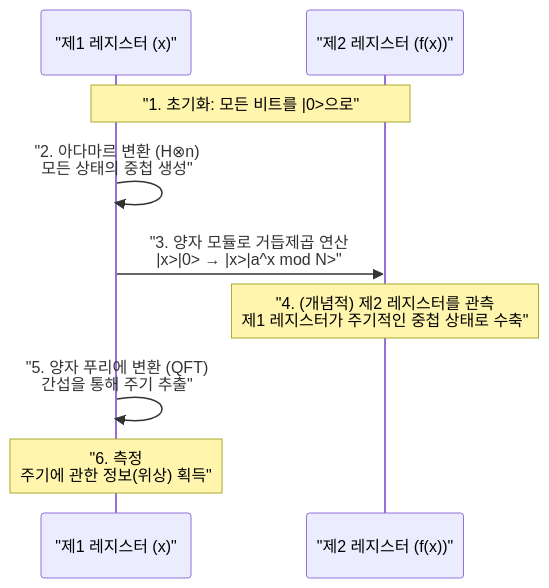
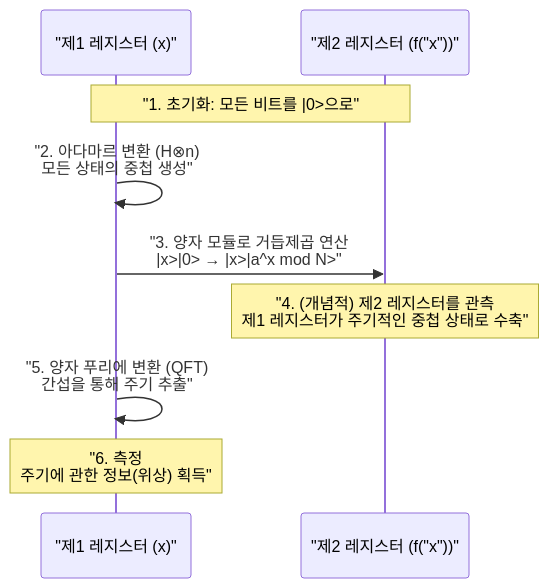
One commit to kenjinote/blog changed the second of 2 diagrams in content/post/quantum-computing-shors-algorithm/index.ko.md. Above: the diagram before and after it, drawn with Mermaid. The commit also changed 929 other files, not shown here.

Commit message:
fix: Add double quotes to all Mermaid node texts to resolve syntax errors

````diff
--- a/content/post/quantum-computing-shors-algorithm/index.ko.md
+++ b/content/post/quantum-computing-shors-algorithm/index.ko.md
@@ -197,12 +197,12 @@
 ```mermaid
 sequenceDiagram
     participant Q_Reg1 as "제1 레지스터 (x)"
-    participant Q_Reg2 as "제2 레지스터 (f(x))"
+    participant Q_Reg2 as "제2 레지스터 (f("x"))"
     
     Note over Q_Reg1,Q_Reg2: "1. 초기화: 모든 비트를 |0>으로"
     Q_Reg1->>Q_Reg1: "2. 아다마르 변환 (H⊗n) <br/>모든 상태의 중첩 생성"
     Q_Reg1->>Q_Reg2: "3. 양자 모듈로 거듭제곱 연산 <br/> |x>|0> → |x>|a^x mod N>"
     Note over Q_Reg2: "4. (개념적) 제2 레지스터를 관측<br/>제1 레지스터가 주기적인 중첩 상태로 수축"
     Q_Reg1->>Q_Reg1: "5. 양자 푸리에 변환 (QFT)<br/>간섭을 통해 주기 추출"
     Note over Q_Reg1: "6. 측정<br/>주기에 관한 정보(위상) 획득"
 ```
````
